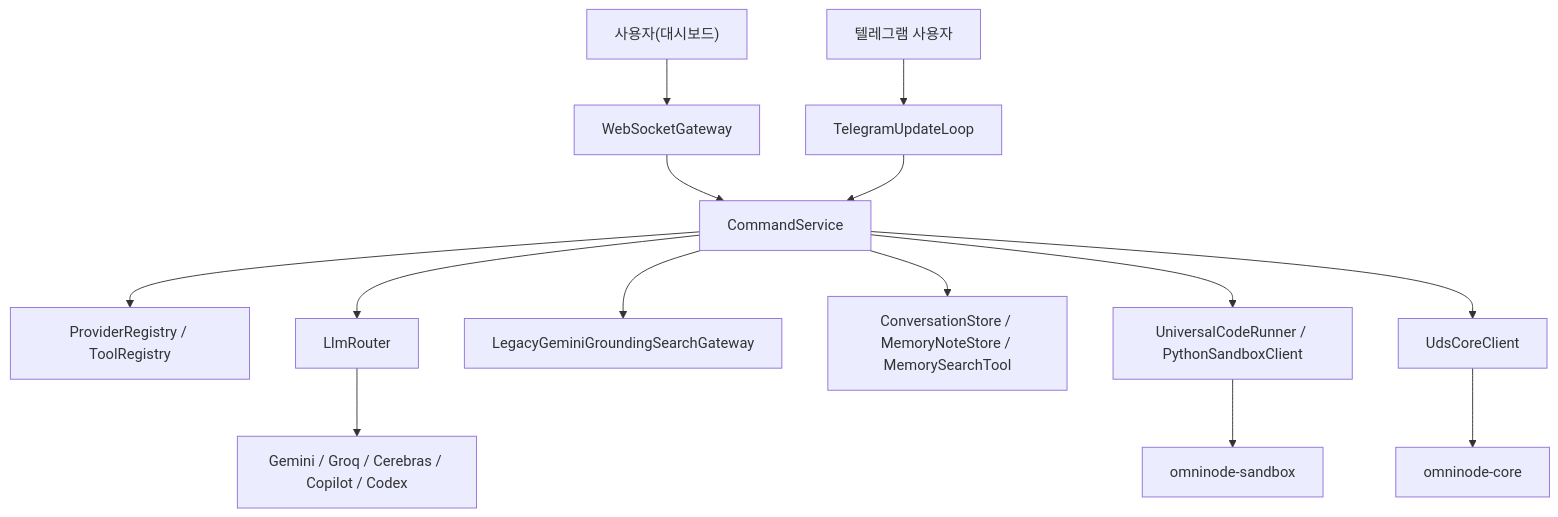
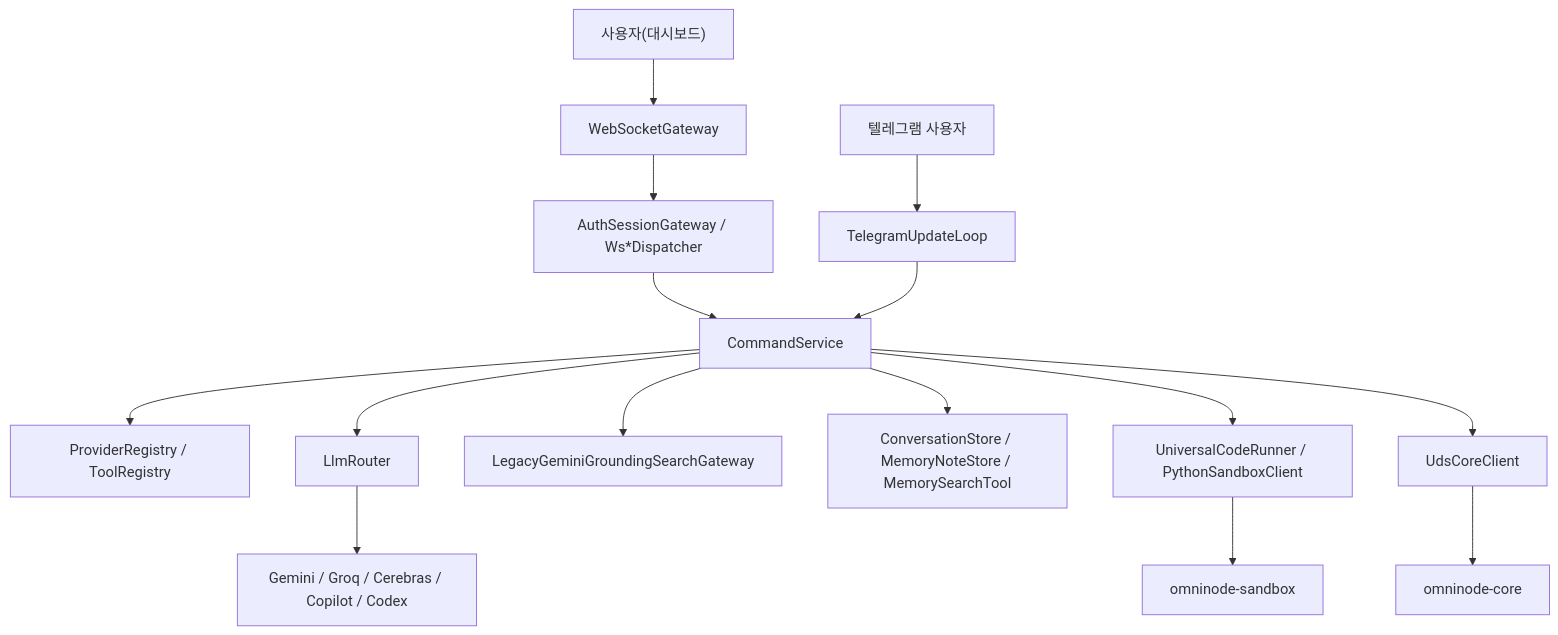
One commit to Tunelts3852/Omni-node changed the diagram in README.md. Above: the diagram before and after it, drawn with Mermaid. The commit also changed other lines of this file and 564 other files, not shown here.

````diff
--- a/README.md
+++ b/README.md
@@ -64,16 +66,17 @@
 ```mermaid
 flowchart TD
     U["사용자(대시보드)"] --> G["WebSocketGateway"]
     T["텔레그램 사용자"] --> TL["TelegramUpdateLoop"]
-    G --> CS["CommandService"]
+    G --> AUTH["AuthSessionGateway / Ws*Dispatcher"]
+    AUTH --> CS["CommandService"]
     TL --> CS
     CS --> PR["ProviderRegistry / ToolRegistry"]
     CS --> LR["LlmRouter"]
     CS --> SG["LegacyGeminiGroundingSearchGateway"]
     CS --> MEM["ConversationStore / MemoryNoteStore / MemorySearchTool"]
     CS --> CODE["UniversalCodeRunner / PythonSandboxClient"]
     CS --> UDS["UdsCoreClient"]
     LR --> P["Gemini / Groq / Cerebras / Copilot / Codex"]
     UDS --> CORE["omninode-core"]
     CODE --> SB["omninode-sandbox"]
 ```
````
